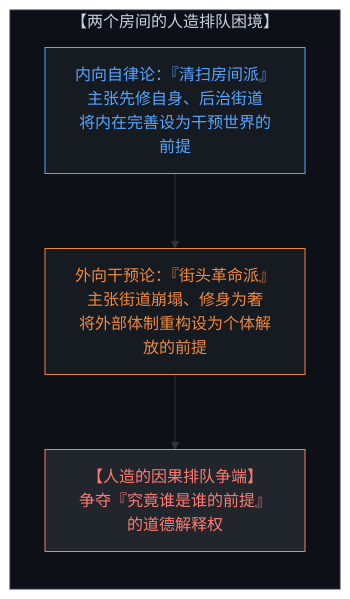
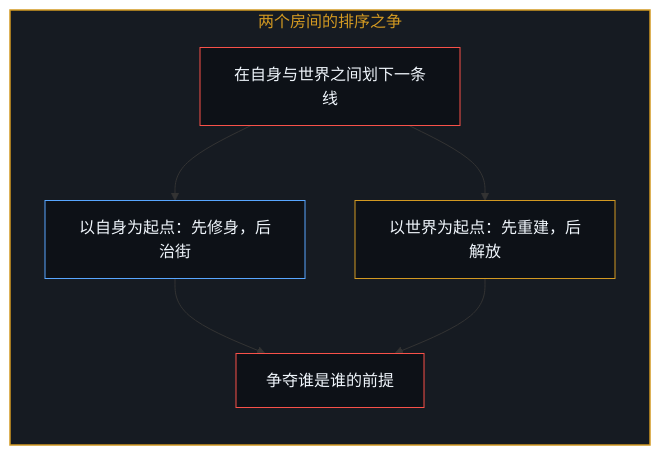
Before and after one commit to powerpig99/not-a-toe: the first of 12 diagrams in content/posts/the-geometry-of-the-cut.md, drawn with Mermaid. The commit also changed other lines of this file and 3 other files, not shown here.

Commit message:
Refine the-geometry-of-the-cut: alternating bilingual layout, English diagram twins, first-person framing

````diff
--- a/content/posts/the-geometry-of-the-cut.md
+++ b/content/posts/the-geometry-of-the-cut.md
@@ -17,15 +17,20 @@
 ```mermaid
-graph TD
-    subgraph TwoRoomDilemma["【两个房间的人造排队困境】"]
+flowchart TD
+    subgraph S_Order["两个房间的排序之争"]
         direction TB
-        InwardCamp["内向自律论：『清扫房间派』<br>主张先修自身、后治街道<br>将内在完善设为干预世界的前提"]
-        OutwardCamp["外向干预论：『街头革命派』<br>主张街道崩塌、修身为奢<br>将外部体制重构设为个体解放的前提"]
-        SequenceConflict["【人造的因果排队争端】<br>争夺『究竟谁是谁的前提』的道德解释权"]
-        InwardCamp --> OutwardCamp
-        OutwardCamp --> SequenceConflict
+        Cut["在自身与世界之间划下一条线"]
+        Inward["以自身为起点：先修身，后治街"]
+        Outward["以世界为起点：先重建，后解放"]
+        Dispute["争夺谁是谁的前提"]
+        Cut --> Inward
+        Cut --> Outward
+        Inward --> Dispute
+        Outward --> Dispute
     end
-    style TwoRoomDilemma fill:#0d1117,stroke:#30363d,stroke-width:1px,color:#c9d1d9
-    style InwardCamp fill:#161b22,stroke:#58a6ff,stroke-width:1px,color:#58a6ff
-    style OutwardCamp fill:#161b22,stroke:#f0883e,stroke-width:1px,color:#f0883e
-    style SequenceConflict fill:#21262d,stroke:#ff7b72,color:#ff7b72
+
+    style S_Order fill:#161b22,stroke:#d29922,stroke-width:1.5px,color:#d29922
+    style Cut fill:#0d1117,stroke:#f85149,stroke-width:1px,color:#f0f6fc
+    style Inward fill:#0d1117,stroke:#58a6ff,stroke-width:1px,color:#f0f6fc
+    style Outward fill:#0d1117,stroke:#d29922,stroke-width:1px,color:#f0f6fc
+    style Dispute fill:#0d1117,stroke:#f85149,stroke-width:1px,color:#f0f6fc
 ```
````
